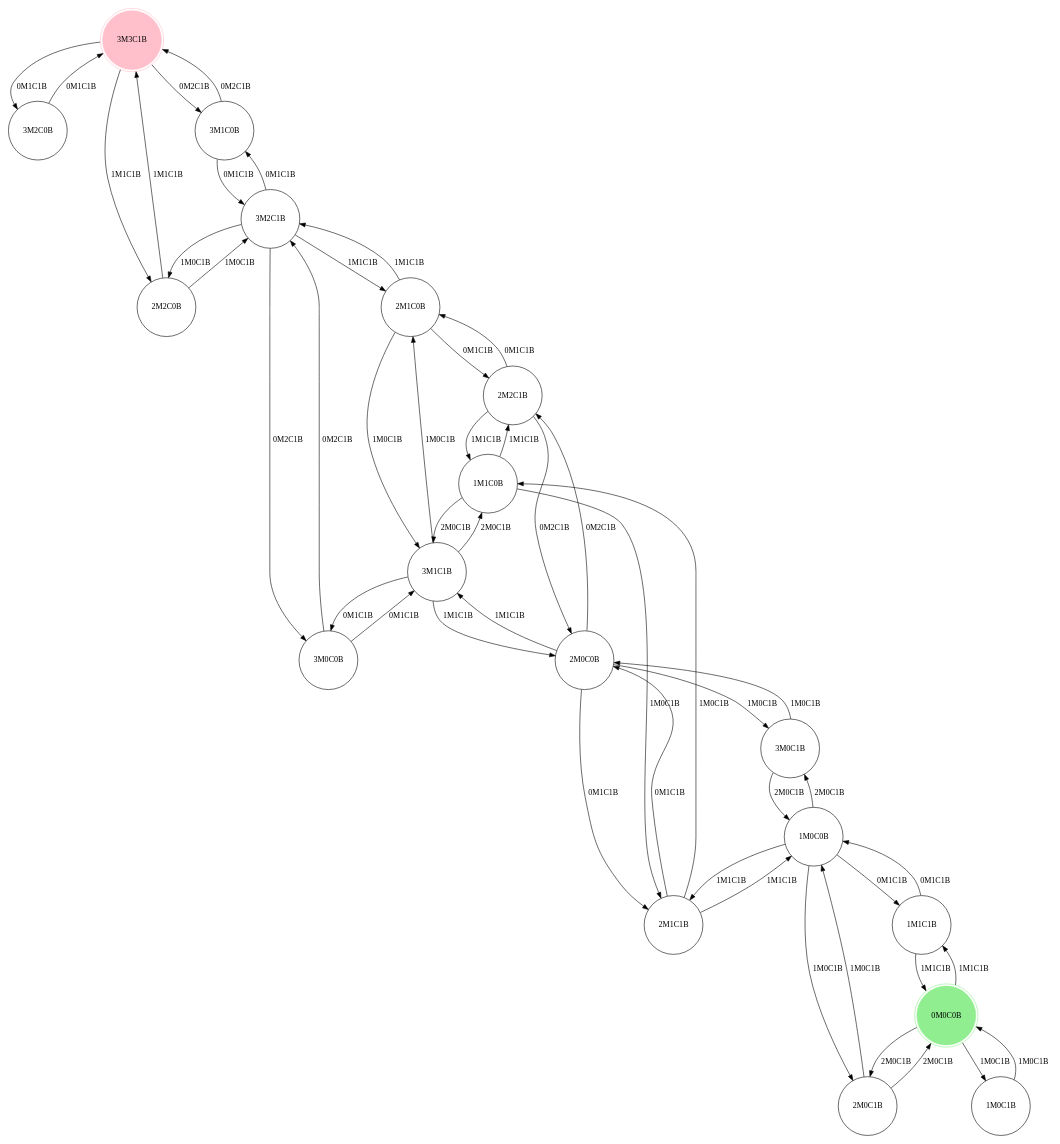
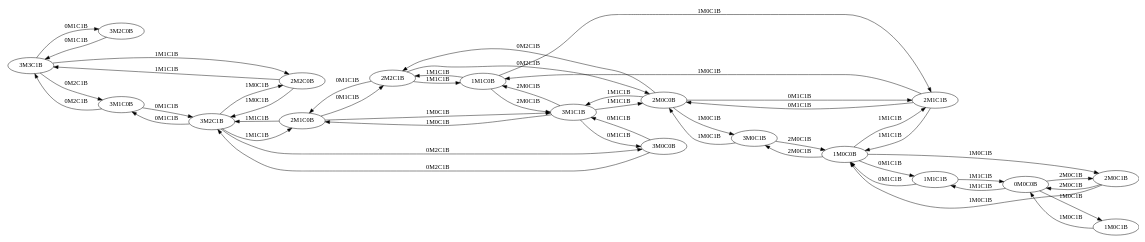
Before and after one commit to utsavdarlami/labworks: the diagram in AI/Missionaries_And_Cannibals/MCB.gv, drawn with Graphviz. The commit also changed 6 other files, not shown here.

```diff
--- a/AI/Missionaries_And_Cannibals/MCB.gv
+++ b/AI/Missionaries_And_Cannibals/MCB.gv
@@ -1,60 +1,52 @@
 digraph M_And_C {
-	size="20,20"
-	node [color=pink shape=doublecircle style=filled]
+	rankdir=LR size="20,20"
 	"3M3C1B"
-	node [color="" shape=circle style=""]
 	"3M3C1B" -> "3M2C0B" [label="0M1C1B"]
 	"3M3C1B" -> "3M1C0B" [label="0M2C1B"]
 	"3M3C1B" -> "2M2C0B" [label="1M1C1B"]
 	"2M2C0B" -> "3M2C1B" [label="1M0C1B"]
 	"2M2C0B" -> "3M3C1B" [label="1M1C1B"]
 	"3M2C1B" -> "2M2C0B" [label="1M0C1B"]
 	"3M2C1B" -> "3M1C0B" [label="0M1C1B"]
 	"3M2C1B" -> "3M0C0B" [label="0M2C1B"]
 	"3M2C1B" -> "2M1C0B" [label="1M1C1B"]
 	"2M1C0B" -> "3M1C1B" [label="1M0C1B"]
 	"2M1C0B" -> "2M2C1B" [label="0M1C1B"]
 	"2M1C0B" -> "3M2C1B" [label="1M1C1B"]
 	"2M2C1B" -> "2M1C0B" [label="0M1C1B"]
 	"2M2C1B" -> "2M0C0B" [label="0M2C1B"]
 	"2M2C1B" -> "1M1C0B" [label="1M1C1B"]
 	"1M1C0B" -> "2M1C1B" [label="1M0C1B"]
 	"1M1C0B" -> "3M1C1B" [label="2M0C1B"]
 	"1M1C0B" -> "2M2C1B" [label="1M1C1B"]
 	"3M1C1B" -> "2M1C0B" [label="1M0C1B"]
 	"3M1C1B" -> "1M1C0B" [label="2M0C1B"]
 	"3M1C1B" -> "3M0C0B" [label="0M1C1B"]
 	"3M1C1B" -> "2M0C0B" [label="1M1C1B"]
 	"2M0C0B" -> "3M0C1B" [label="1M0C1B"]
 	"2M0C0B" -> "2M1C1B" [label="0M1C1B"]
 	"2M0C0B" -> "2M2C1B" [label="0M2C1B"]
 	"2M0C0B" -> "3M1C1B" [label="1M1C1B"]
 	"2M1C1B" -> "1M1C0B" [label="1M0C1B"]
 	"2M1C1B" -> "2M0C0B" [label="0M1C1B"]
 	"2M1C1B" -> "1M0C0B" [label="1M1C1B"]
 	"1M0C0B" -> "2M0C1B" [label="1M0C1B"]
 	"1M0C0B" -> "3M0C1B" [label="2M0C1B"]
 	"1M0C0B" -> "1M1C1B" [label="0M1C1B"]
 	"1M0C0B" -> "2M1C1B" [label="1M1C1B"]
 	"1M1C1B" -> "1M0C0B" [label="0M1C1B"]
-	node [color=lightgreen shape=doublecircle style=filled]
 	"1M1C1B" -> "0M0C0B" [label="1M1C1B"]
-	node [color="" shape=circle style=""]
 	"0M0C0B" -> "1M0C1B" [label="1M0C1B"]
 	"0M0C0B" -> "2M0C1B" [label="2M0C1B"]
 	"0M0C0B" -> "1M1C1B" [label="1M1C1B"]
 	"2M0C1B" -> "1M0C0B" [label="1M0C1B"]
-	node [color=lightgreen shape=doublecircle style=filled]
 	"2M0C1B" -> "0M0C0B" [label="2M0C1B"]
-	node [color="" shape=circle style=""]
-	node [color=lightgreen shape=doublecircle style=filled]
 	"1M0C1B" -> "0M0C0B" [label="1M0C1B"]
-	node [color="" shape=circle style=""]
 	"3M0C1B" -> "2M0C0B" [label="1M0C1B"]
 	"3M0C1B" -> "1M0C0B" [label="2M0C1B"]
 	"3M0C0B" -> "3M1C1B" [label="0M1C1B"]
 	"3M0C0B" -> "3M2C1B" [label="0M2C1B"]
 	"3M1C0B" -> "3M2C1B" [label="0M1C1B"]
 	"3M1C0B" -> "3M3C1B" [label="0M2C1B"]
 	"3M2C0B" -> "3M3C1B" [label="0M1C1B"]
 }
```
